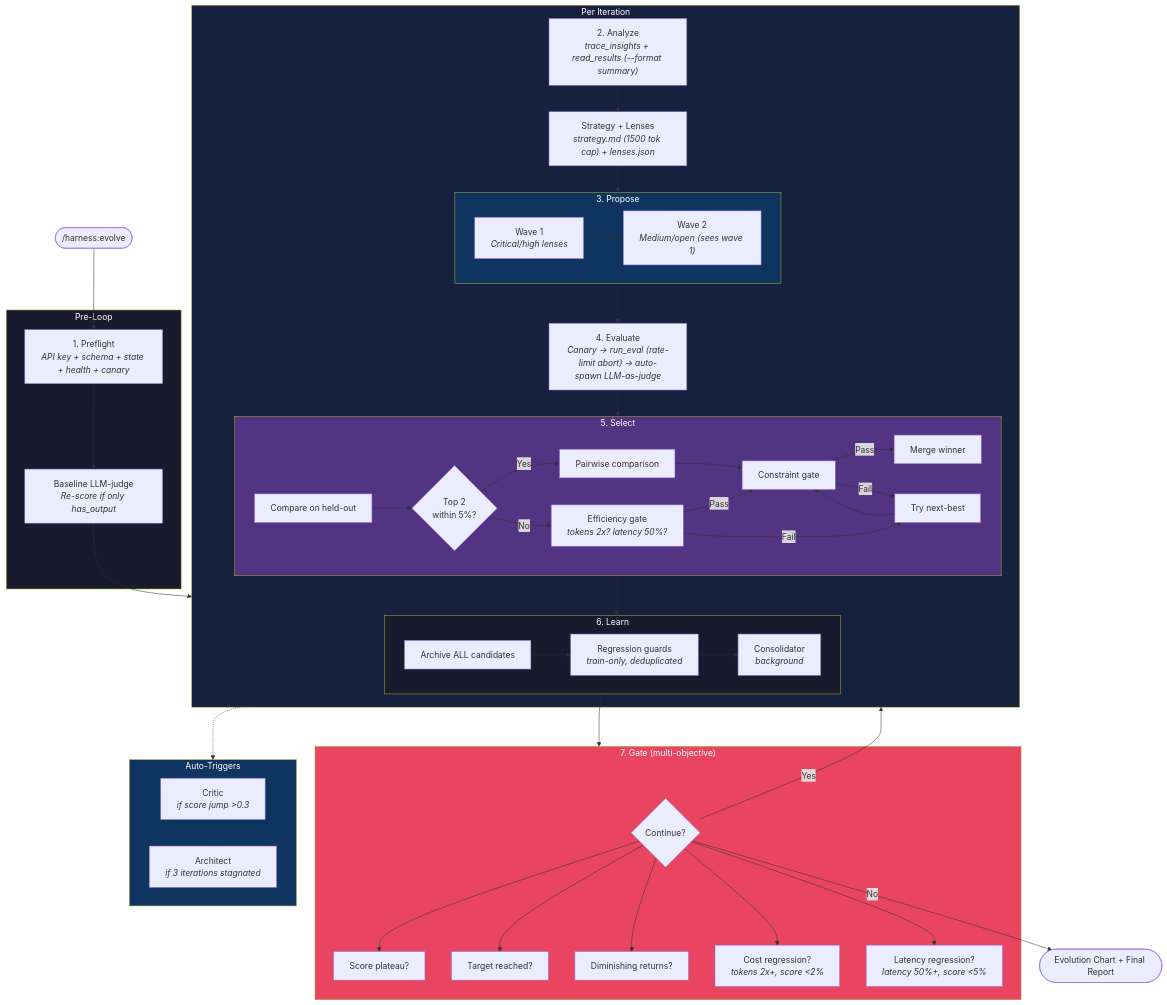
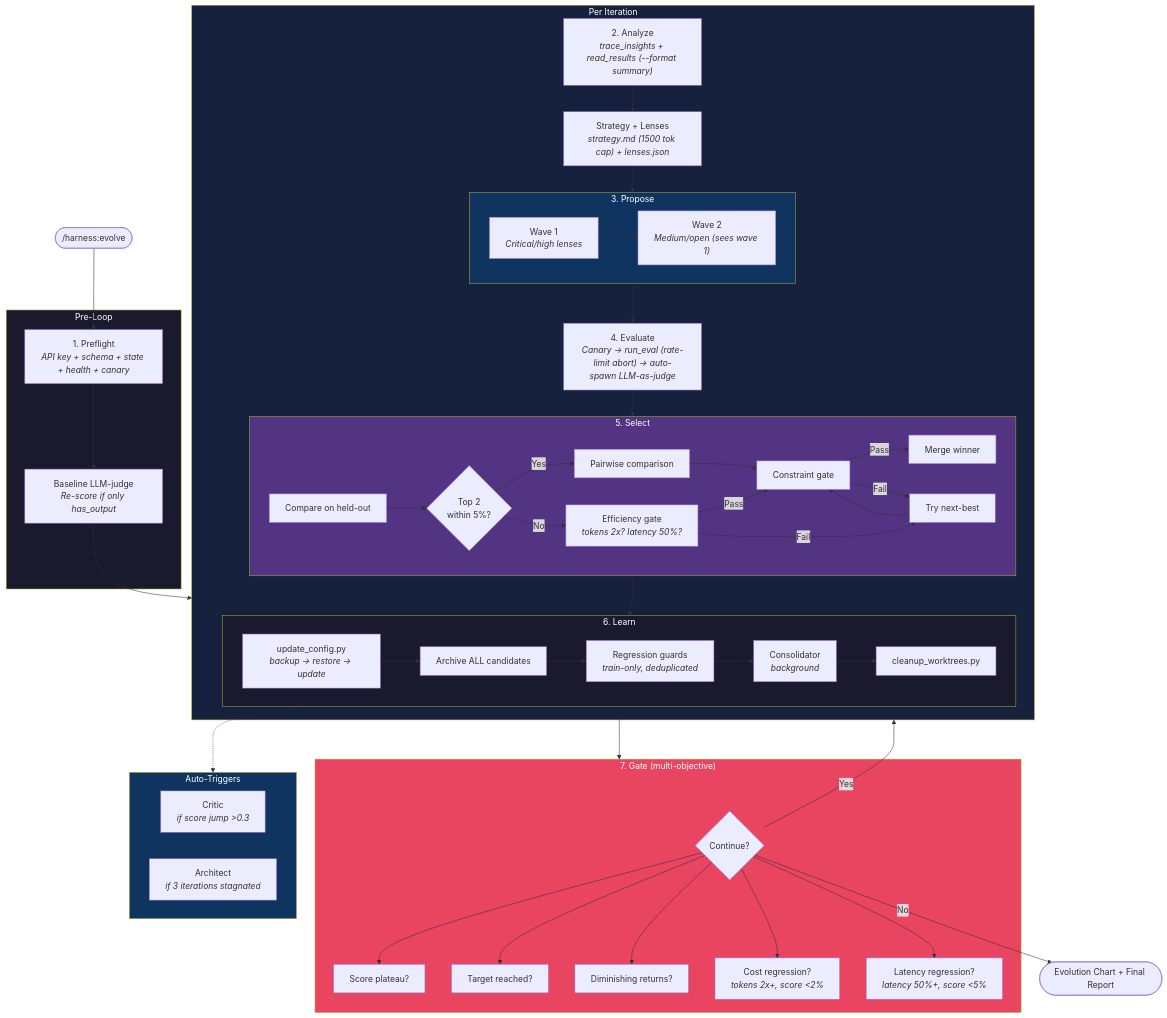
The second of 4 diagrams in docs/ARCHITECTURE.md (raphaelchristi/harness-evolver), drawn with Mermaid before and after one commit. The commit also changed other lines of this file and 1 other file, not shown here.

First line of the commit message:
docs: update FEATURES.md + ARCHITECTURE.md with v6.2-6.3 tools

```diff
--- a/docs/ARCHITECTURE.md
+++ b/docs/ARCHITECTURE.md
@@ -98,10 +98,12 @@
         end
         
         subgraph PostIter["6. Learn"]
+            UpdateCfg["update_config.py<br/><i>backup → restore → update</i>"]
             Archive["Archive ALL candidates"]
             Regression["Regression guards<br/><i>train-only, deduplicated</i>"]
             Memory["Consolidator<br/><i>background</i>"]
-            Archive --> Regression --> Memory
+            Cleanup["cleanup_worktrees.py"]
+            UpdateCfg --> Archive --> Regression --> Memory --> Cleanup
         end
 
         Analyze --> Strategy --> Propose --> Eval --> Select --> PostIter
```
